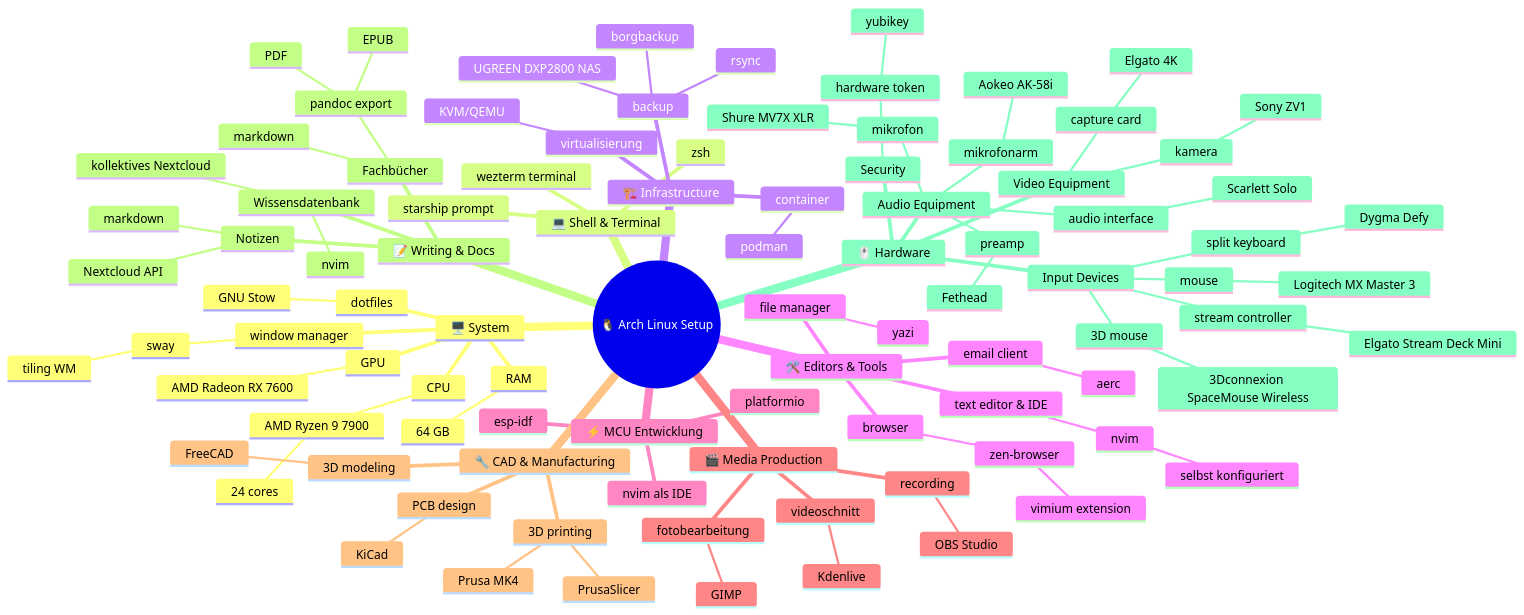
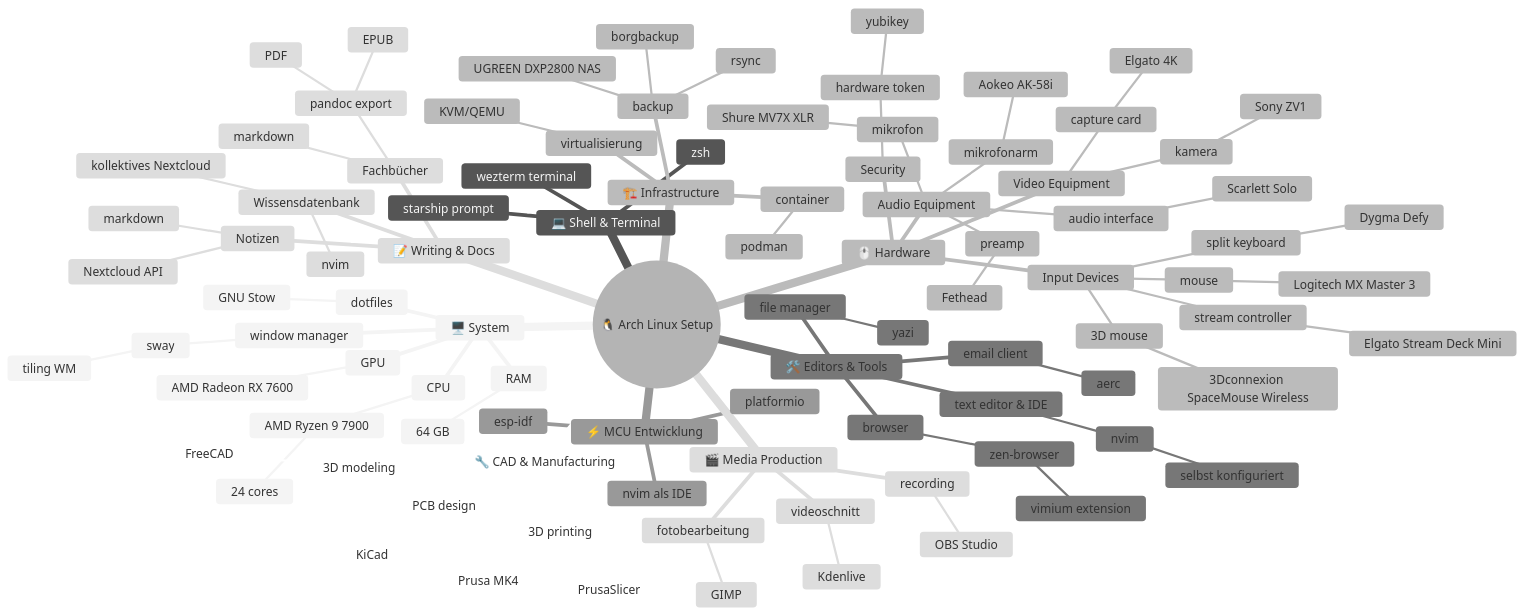
The diagram in 20_my-arch-setup/README.md (pixelEDI/I_use_Arch_btw), drawn with Mermaid before and after one commit.

````diff
--- a/20_my-arch-setup/README.md
+++ b/20_my-arch-setup/README.md
@@ -6,4 +6,5 @@
 ```mermaid
+%%{init: {'theme':'neutral'}}%%
 mindmap
   root((🐧 Arch Linux Setup))
     🖥️ System
````
